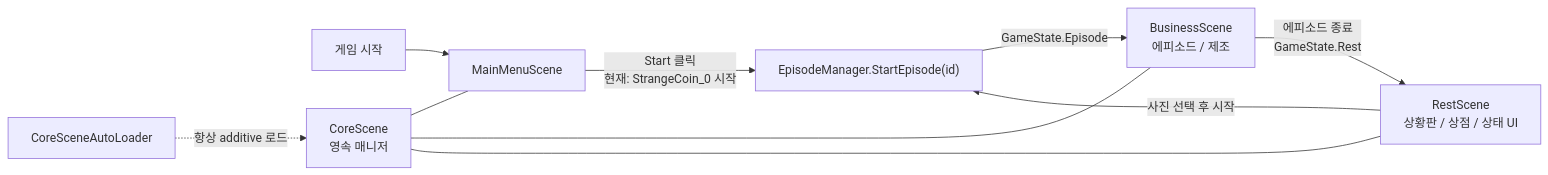
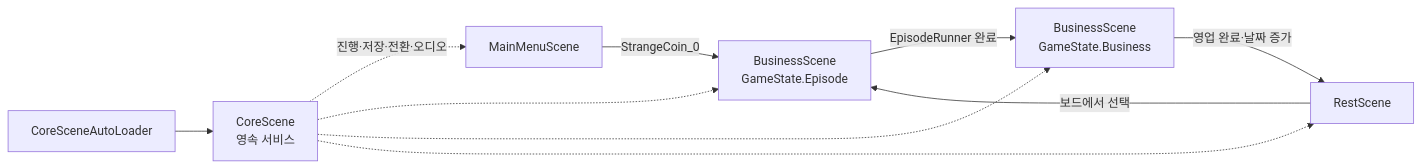
One commit to seacweed/slainte changed the first of 3 diagrams in docs/core/project-code-map.md. Above: the diagram before and after it, drawn with Mermaid. The commit also changed other lines of this file and 345 other files, not shown here.

````diff
--- a/docs/core/project-code-map.md
+++ b/docs/core/project-code-map.md
@@ -8,13 +11,12 @@
 ```mermaid
 flowchart LR
-    Boot["게임 시작"] --> Menu["MainMenuScene"]
-    Auto["CoreSceneAutoLoader"] -. "항상 additive 로드" .-> Core["CoreScene\n영속 매니저"]
-    Menu -->|"Start 클릭\n현재: StrangeCoin_0 시작"| EpisodeStart["EpisodeManager.StartEpisode(id)"]
-    EpisodeStart -->|"GameState.Episode"| Business["BusinessScene\n에피소드 / 제조"]
-    Business -->|"에피소드 종료\nGameState.Rest"| Rest["RestScene\n상황판 / 상점 / 상태 UI"]
-    Rest -->|"사진 선택 후 시작"| EpisodeStart
-
-    Core --- Menu
-    Core --- Business
-    Core --- Rest
+    Auto["CoreSceneAutoLoader"] --> Core["CoreScene\n영속 서비스"]
+    Menu["MainMenuScene"] -->|"StrangeCoin_0"| Episode["BusinessScene\nGameState.Episode"]
+    Episode -->|"EpisodeRunner 완료"| Business["BusinessScene\nGameState.Business"]
+    Business -->|"영업 완료·날짜 증가"| Rest["RestScene"]
+    Rest -->|"보드에서 선택"| Episode
+    Core -. "진행·저장·전환·오디오" .-> Menu
+    Core -.-> Episode
+    Core -.-> Business
+    Core -.-> Rest
 ```
````
